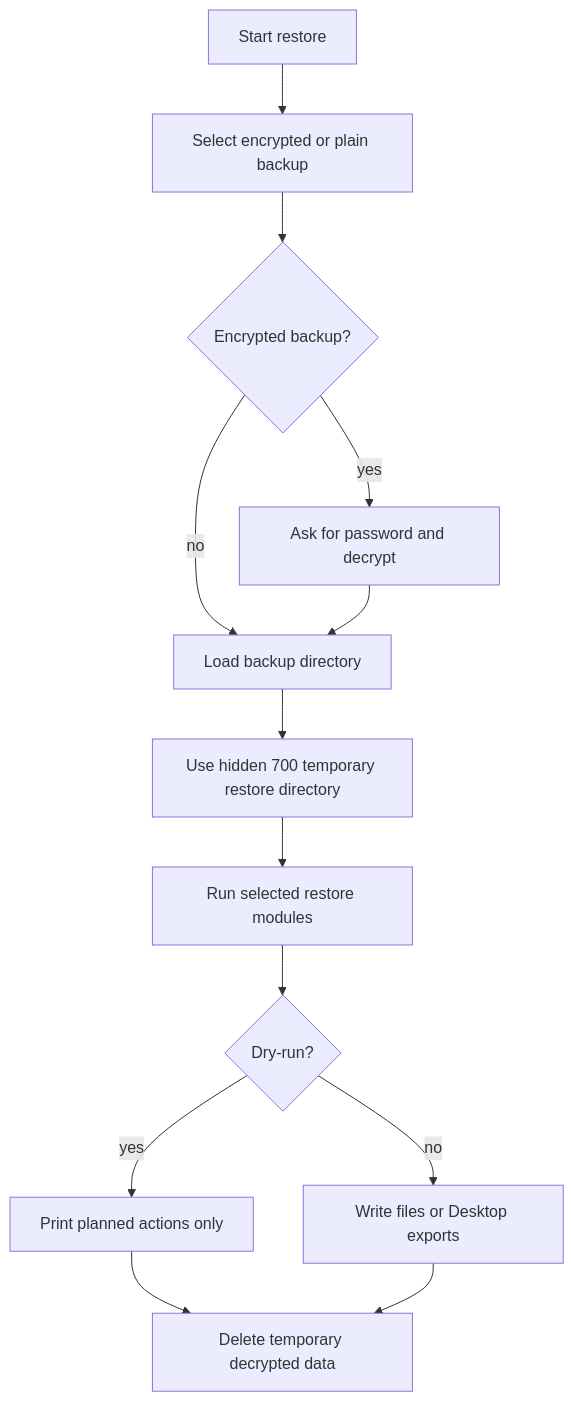
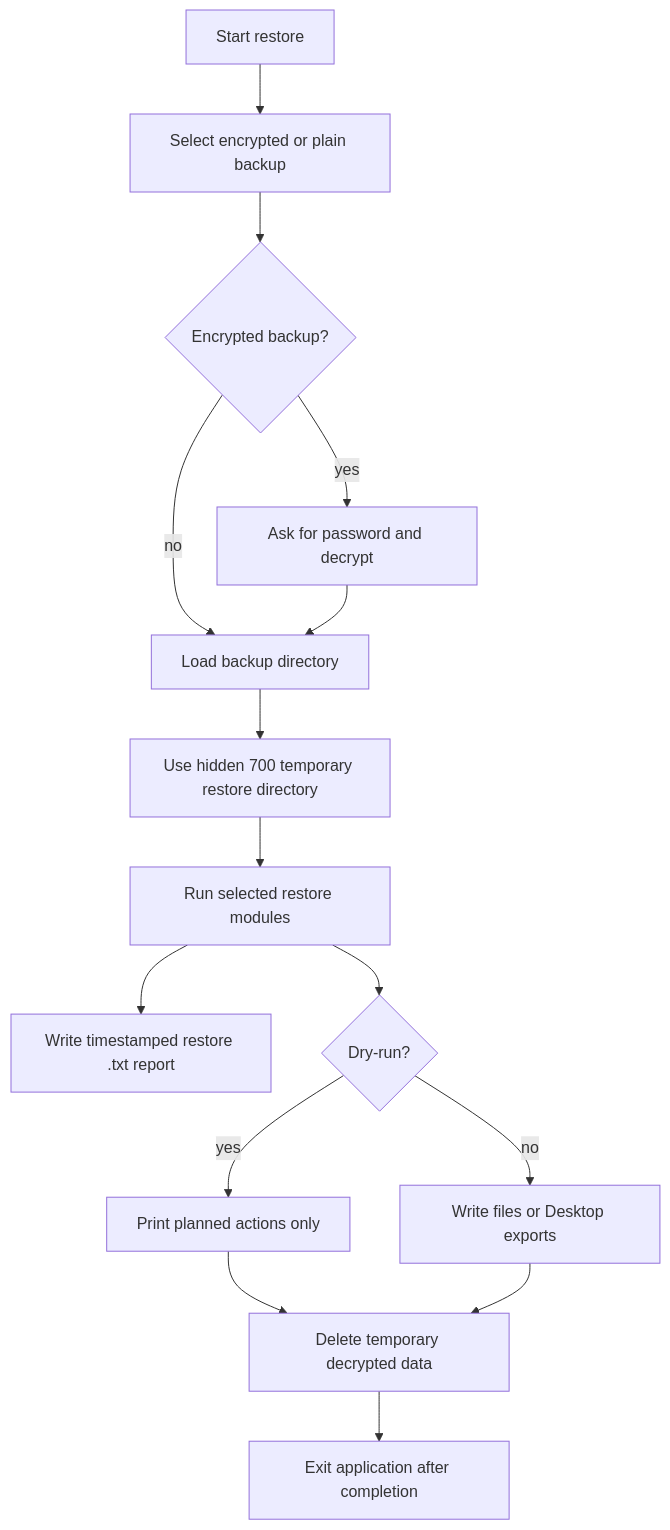
Before and after one commit to Flaivo/macRestore: the third of 5 diagrams in README.md, drawn with Mermaid. The commit also changed other lines of this file and 16 other files, not shown here.

````diff
--- a/README.md
+++ b/README.md
@@ -312,15 +317,17 @@
 ```mermaid
 flowchart TD
     Start["Start restore"] --> Select["Select encrypted or plain backup"]
     Select --> Password{"Encrypted backup?"}
     Password -- "yes" --> Verify["Ask for password and decrypt"]
     Password -- "no" --> Load["Load backup directory"]
     Verify --> Load
     Load --> Temp["Use hidden 700 temporary restore directory"]
     Temp --> Modules["Run selected restore modules"]
+    Modules --> Report["Write timestamped restore .txt report"]
     Modules --> Mode{"Dry-run?"}
     Mode -- "yes" --> Preview["Print planned actions only"]
     Mode -- "no" --> Apply["Write files or Desktop exports"]
     Preview --> Cleanup["Delete temporary decrypted data"]
     Apply --> Cleanup
+    Cleanup --> Exit["Exit application after completion"]
 ```
````
